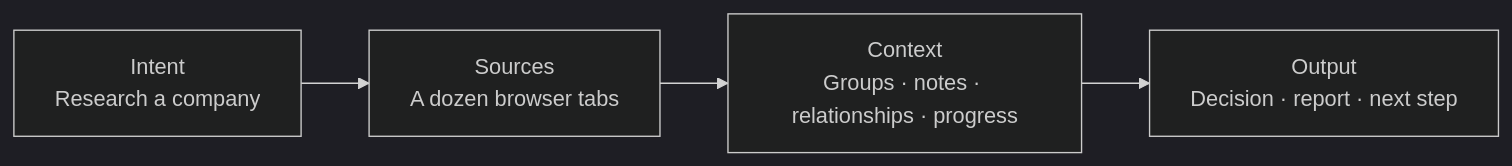
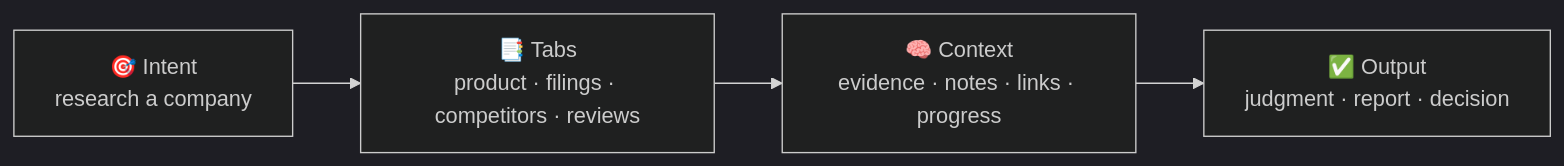
One commit to KaichenCurry/TabNexus changed the first of 2 diagrams in docs/README.en.md. Above: the diagram before and after it, drawn with Mermaid (dark theme). The commit also changed other lines of this file and 79 other files, not shown here.

````diff
--- a/docs/README.en.md
+++ b/docs/README.en.md
@@ -36,6 +37,6 @@
-```mermaid
+~~~mermaid
 flowchart LR
-    Intent["Intent<br/>Research a company"] --> Tabs["Sources<br/>A dozen browser tabs"]
-    Tabs --> Context["Context<br/>Groups · notes · relationships · progress"]
-    Context --> Output["Output<br/>Decision · report · next step"]
-```
+    Intent["🎯 Intent<br/>research a company"] --> Tabs["📑 Tabs<br/>product · filings · competitors · reviews"]
+    Tabs --> Context["🧠 Context<br/>evidence · notes · links · progress"]
+    Context --> Output["✅ Output<br/>judgment · report · decision"]
+~~~
````
